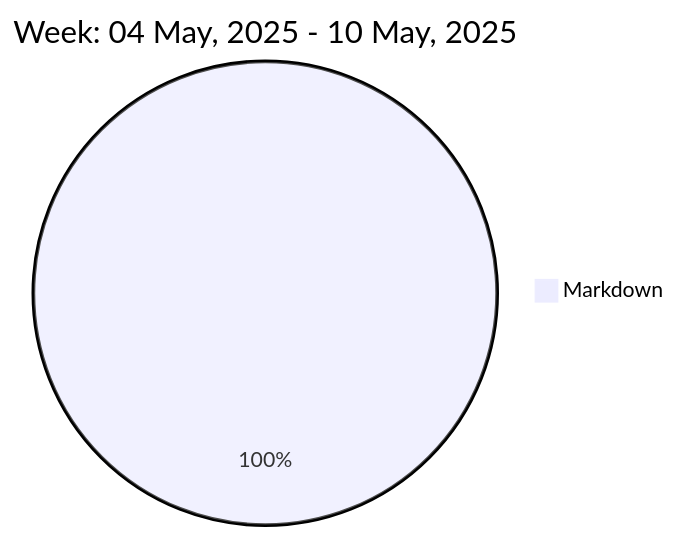
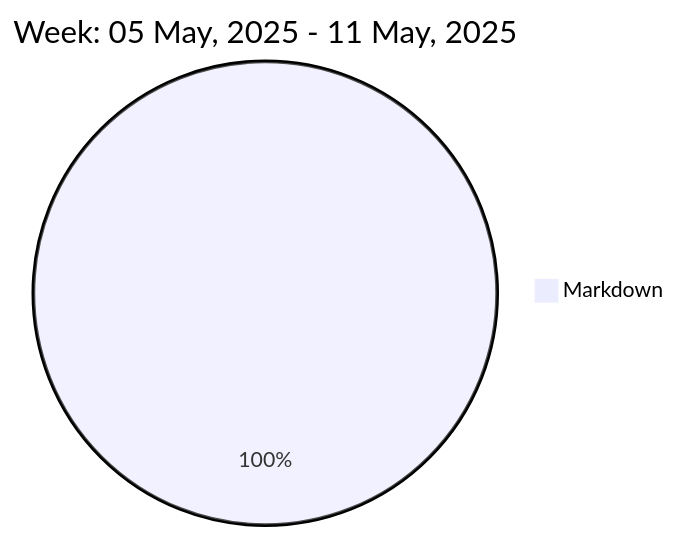
The diagram in README.md (liubin95/liubin95), drawn with Mermaid before and after one commit.

Commit message:
Updated the Graph with new Metrics

````diff
--- a/README.md
+++ b/README.md
@@ -37,5 +37,5 @@
 ```mermaid
  pie
-title Week: 04 May, 2025 - 10 May, 2025
+title Week: 05 May, 2025 - 11 May, 2025
  "Markdown" : 3.72
 ```
````
